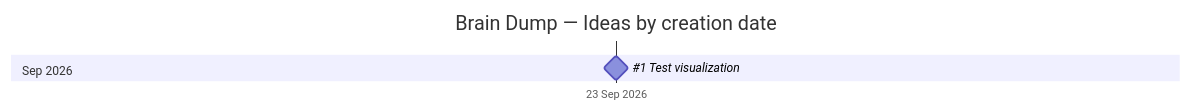
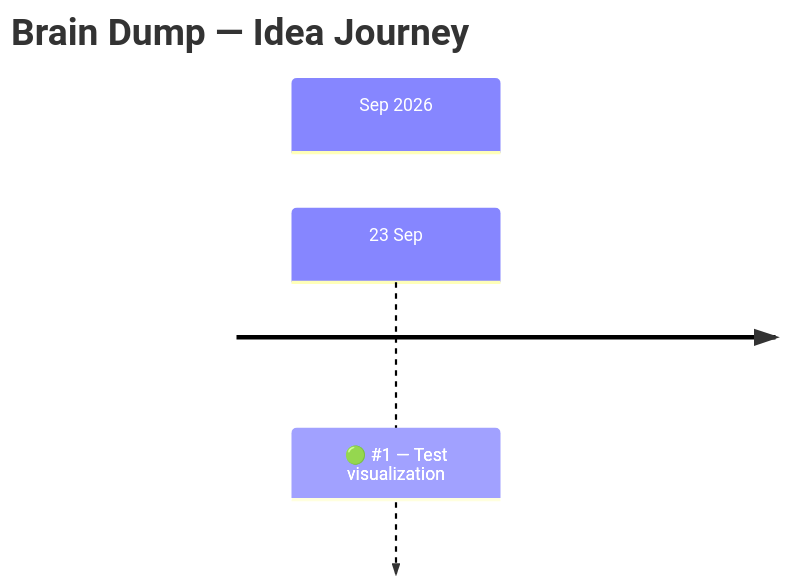
One commit to afnannuzulasugihartono/brain-dump changed the diagram in README.md. Above: the diagram before and after it, drawn with Mermaid.

Commit message:
docs: refresh homepage idea journey

````diff
--- a/README.md
+++ b/README.md
@@ -39,8 +39,6 @@
 ```mermaid
-gantt
-    title Brain Dump — Ideas by creation date
-    dateFormat YYYY-MM-DD
-    axisFormat %d %b %Y
+timeline
+    title Brain Dump — Idea Journey
     section Sep 2026
-    #1 Test visualization :milestone, idea1, 2026-09-23, 0d
+        23 Sep : 🟢 #1 — Test visualization
 ```
````
